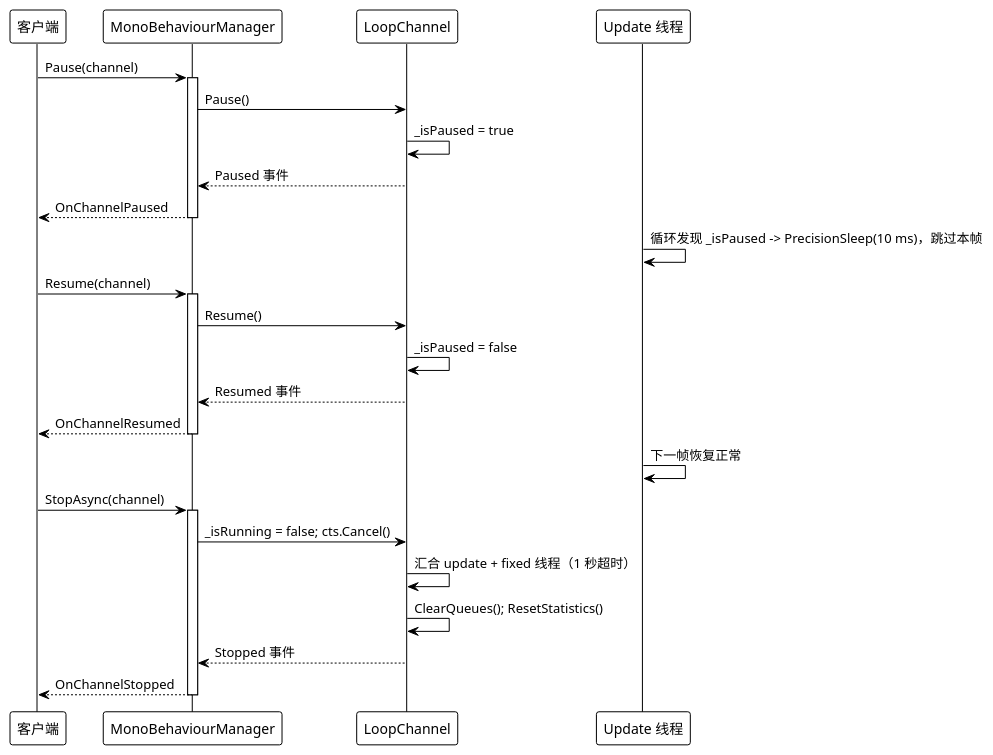
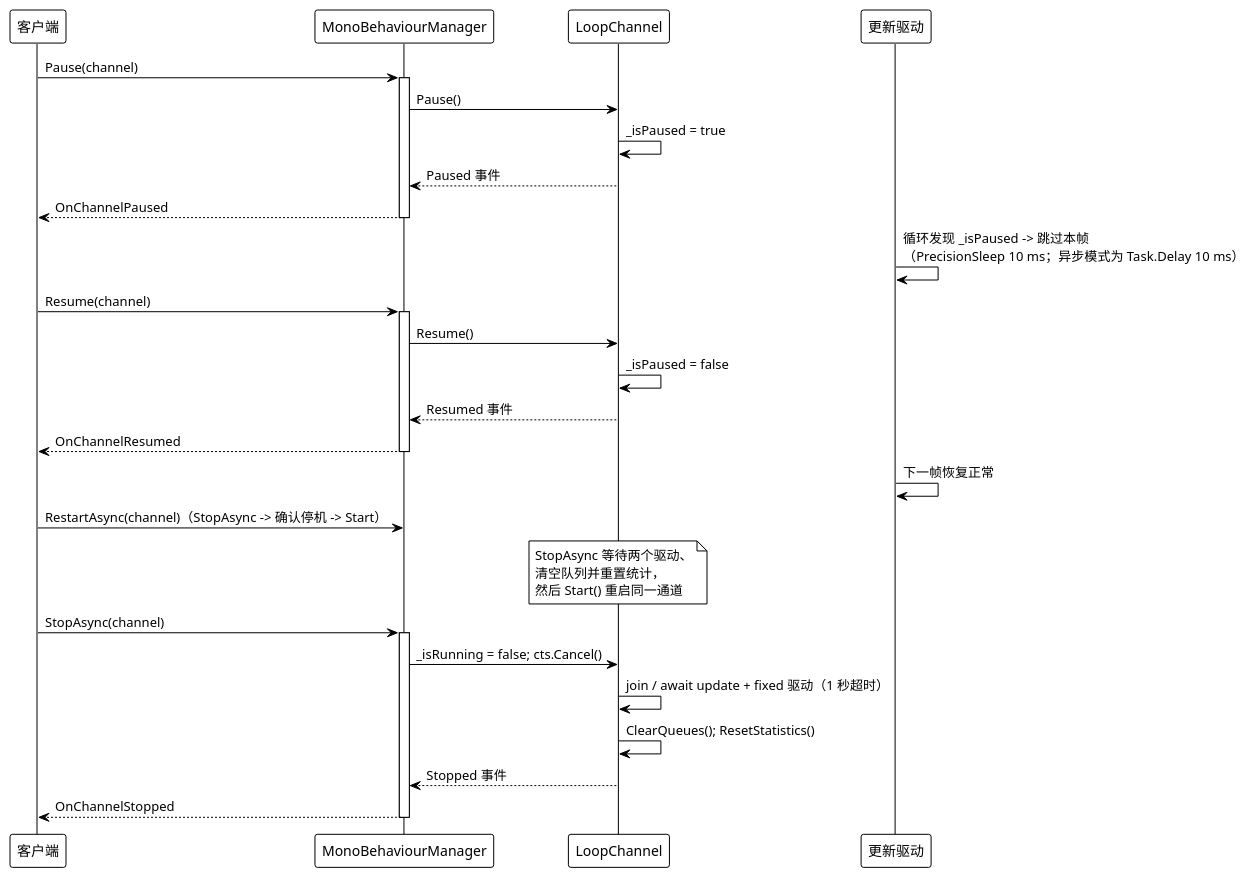
One commit to Axvser/VeloxDev.Docs changed the second of 6 diagrams in src/CloudGlyph/Assets/Docs/content/zh/3_SE分析/03_数据流分析/06_MonoBehaviour/index.md. Above: the diagram before and after it, drawn with PlantUML. The commit also changed other lines of this file and 443 other files, not shown here.

````diff
--- a/src/CloudGlyph/Assets/Docs/content/zh/3_SE分析/03_数据流分析/06_MonoBehaviour/index.md
+++ b/src/CloudGlyph/Assets/Docs/content/zh/3_SE分析/03_数据流分析/06_MonoBehaviour/index.md
@@ -70,39 +81,42 @@
 ```plantuml
 @startuml
 !theme plain
 
 participant "客户端" as C
 participant "MonoBehaviourManager" as M
 participant "LoopChannel" as L
-participant "Update 线程" as U
+participant "更新驱动" as U
 
 C -> M: Pause(channel)
 activate M
 M -> L: Pause()
 L -> L: _isPaused = true
 L --> M: Paused 事件
 M --> C: OnChannelPaused
 deactivate M
 
-U -> U: 循环发现 _isPaused -> PrecisionSleep(10 ms)，跳过本帧
+U -> U: 循环发现 _isPaused -> 跳过本帧\n（PrecisionSleep 10 ms；异步模式为 Task.Delay 10 ms）
 
 C -> M: Resume(channel)
 activate M
 M -> L: Resume()
 L -> L: _isPaused = false
 L --> M: Resumed 事件
 M --> C: OnChannelResumed
 deactivate M
 
 U -> U: 下一帧恢复正常
 
+C -> M: RestartAsync(channel)（StopAsync -> 确认停机 -> Start）
+note over L: StopAsync 等待两个驱动、\n清空队列并重置统计，\n然后 Start() 重启同一通道
+
 C -> M: StopAsync(channel)
 activate M
 M -> L: _isRunning = false; cts.Cancel()
-L -> L: 汇合 update + fixed 线程（1 秒超时）
+L -> L: join / await update + fixed 驱动（1 秒超时）
 L -> L: ClearQueues(); ResetStatistics()
 L --> M: Stopped 事件
 M --> C: OnChannelStopped
 deactivate M
 @enduml
 ```
````
